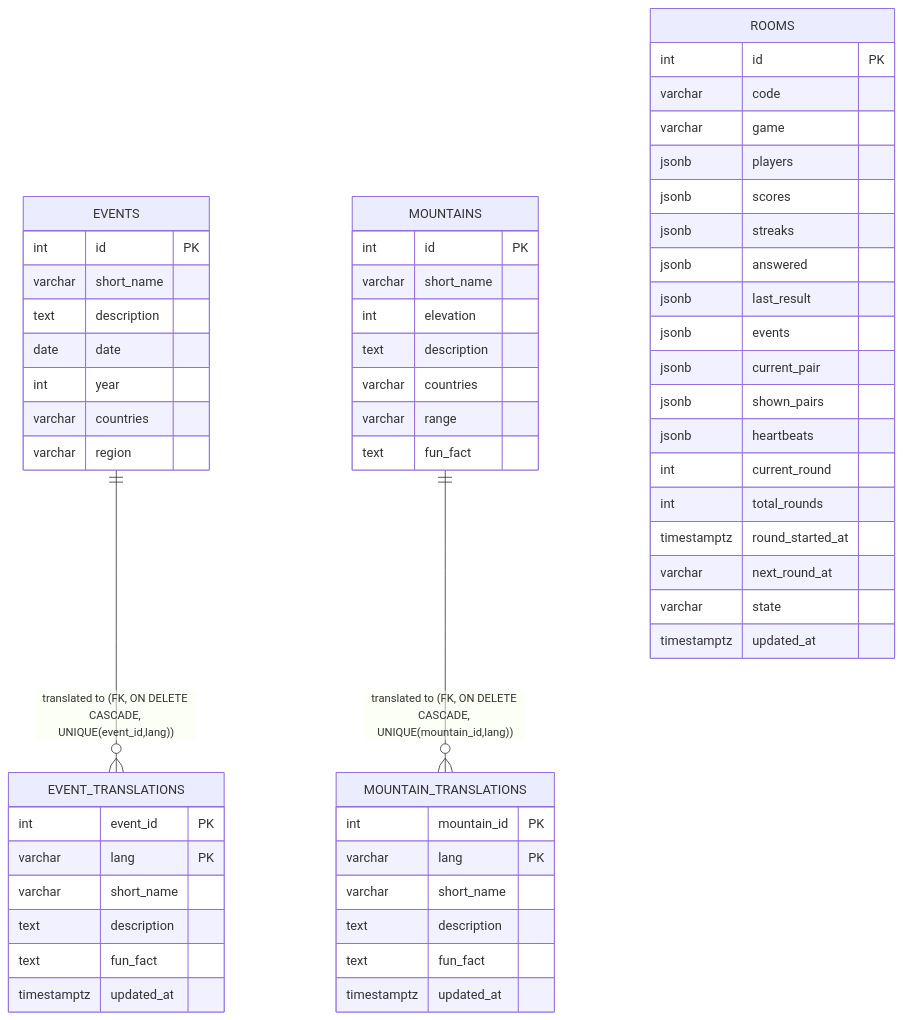
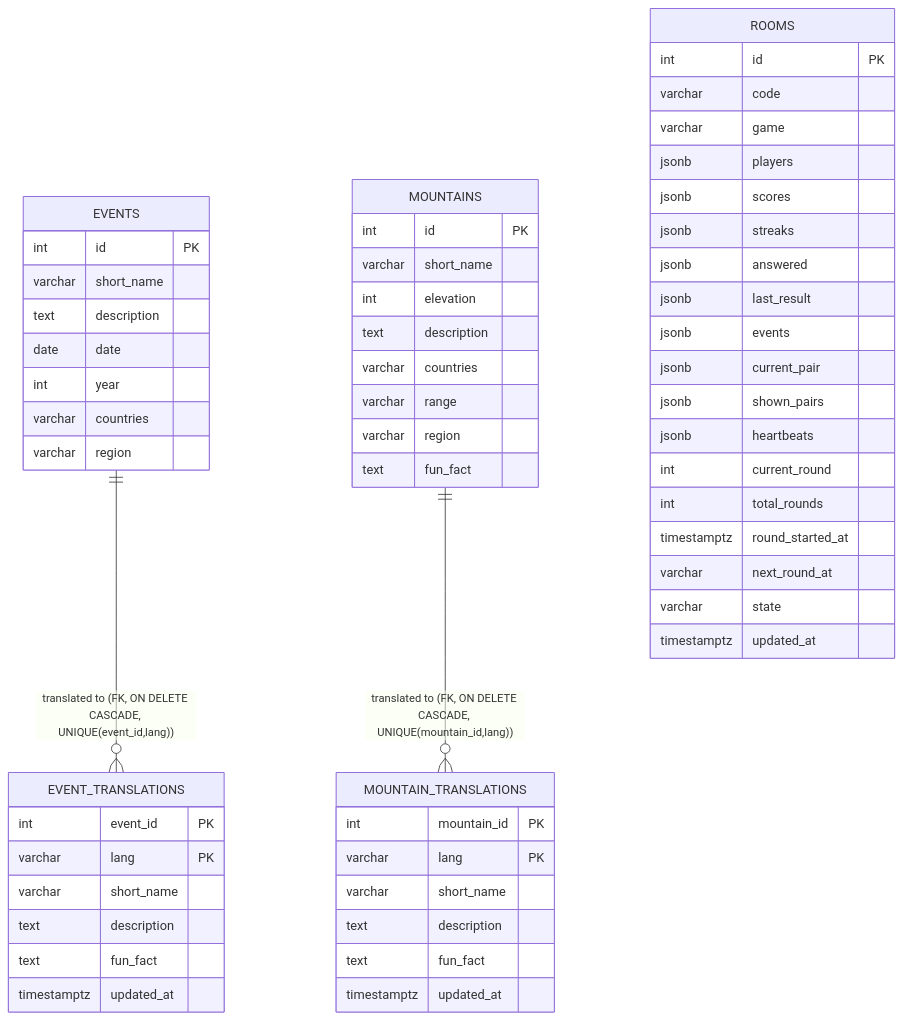
Before and after one commit to prokopHouda/history_game: the third of 7 diagrams in docs/architecture.md, drawn with Mermaid. The commit also changed other lines of this file and 22 other files, not shown here.

````diff
--- a/docs/architecture.md
+++ b/docs/architecture.md
@@ -148,64 +148,65 @@
 ```mermaid
 erDiagram
     EVENTS {
         int id PK
         varchar short_name
         text description
         date date
         int year
         varchar countries
         varchar region
     }
 
     EVENT_TRANSLATIONS {
         int event_id PK
         varchar lang PK
         varchar short_name
         text description
         text fun_fact
         timestamptz updated_at
     }
 
     MOUNTAINS {
         int id PK
         varchar short_name
         int elevation
         text description
         varchar countries
         varchar range
+        varchar region
         text fun_fact
     }
 
     MOUNTAIN_TRANSLATIONS {
         int mountain_id PK
         varchar lang PK
         varchar short_name
         text description
         text fun_fact
         timestamptz updated_at
     }
 
     ROOMS {
         int id PK
         varchar code
         varchar game
         jsonb players
         jsonb scores
         jsonb streaks
         jsonb answered
         jsonb last_result
         jsonb events
         jsonb current_pair
         jsonb shown_pairs
         jsonb heartbeats
         int current_round
         int total_rounds
         timestamptz round_started_at
         varchar next_round_at
         varchar state
         timestamptz updated_at
     }
 
     EVENTS ||--o{ EVENT_TRANSLATIONS : "translated to (FK, ON DELETE CASCADE, UNIQUE(event_id,lang))"
     MOUNTAINS ||--o{ MOUNTAIN_TRANSLATIONS : "translated to (FK, ON DELETE CASCADE, UNIQUE(mountain_id,lang))"
 ```
````
